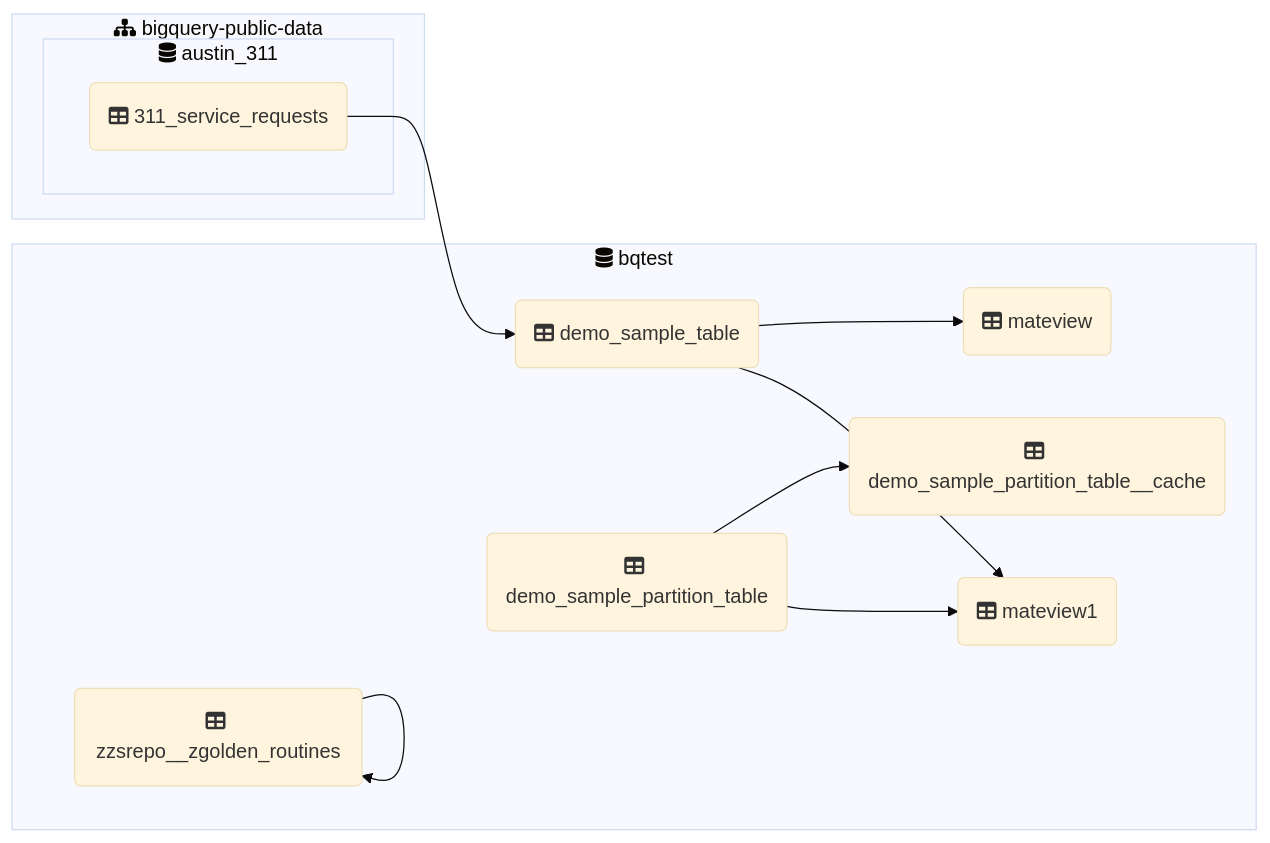
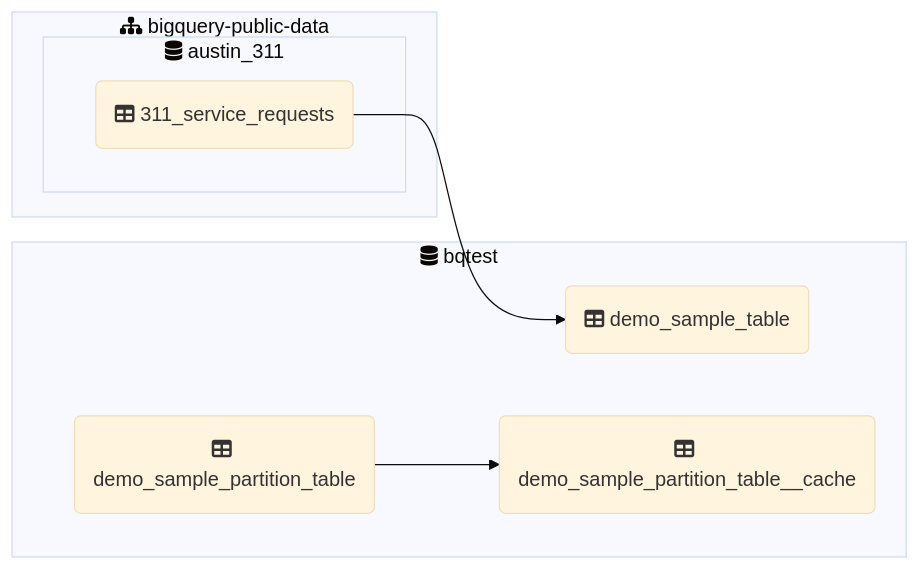
The diagram in bigquery/@default/bqtest/README.md (takegue/bqmake), drawn with Mermaid (base theme) before and after one commit.

Commit message:
Update metadata files by CI (#112)
This PR updates some generated files to the latest by running `bqport
pull`.
This PR was created by [this workflow
run](https://github.com/takegue/bqmake/actions/runs/7523163192)
automatically.

````diff
--- a/bigquery/@default/bqtest/README.md
+++ b/bigquery/@default/bqtest/README.md
@@ -74,22 +74,15 @@
 ```mermaid
 graph LR
 subgraph "fa:fa-sitemap bigquery-public-data"
 subgraph "fa:fa-database austin_311"
 	CNg3(fa:fa-table 311_service_requests)
 end
 end
 subgraph "fa:fa-database bqtest"
-	/VpU(fa:fa-table zzsrepo__zgolden_routines)
 	1+1w(fa:fa-table demo_sample_table)
 	Z+1n(fa:fa-table demo_sample_partition_table)
 	jknI(fa:fa-table demo_sample_partition_table__cache)
-	qQZt(fa:fa-table mateview)
-	qt1O(fa:fa-table mateview1)
 end
-/VpU --> /VpU
-1+1w --> qQZt
-1+1w --> qt1O
 CNg3 --> 1+1w
 Z+1n --> jknI
-Z+1n --> qt1O
 ```
````
